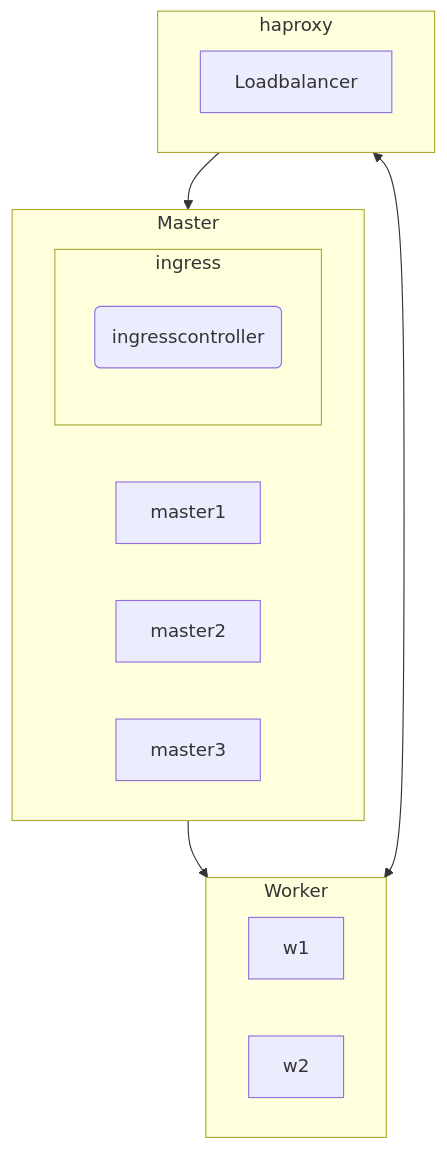
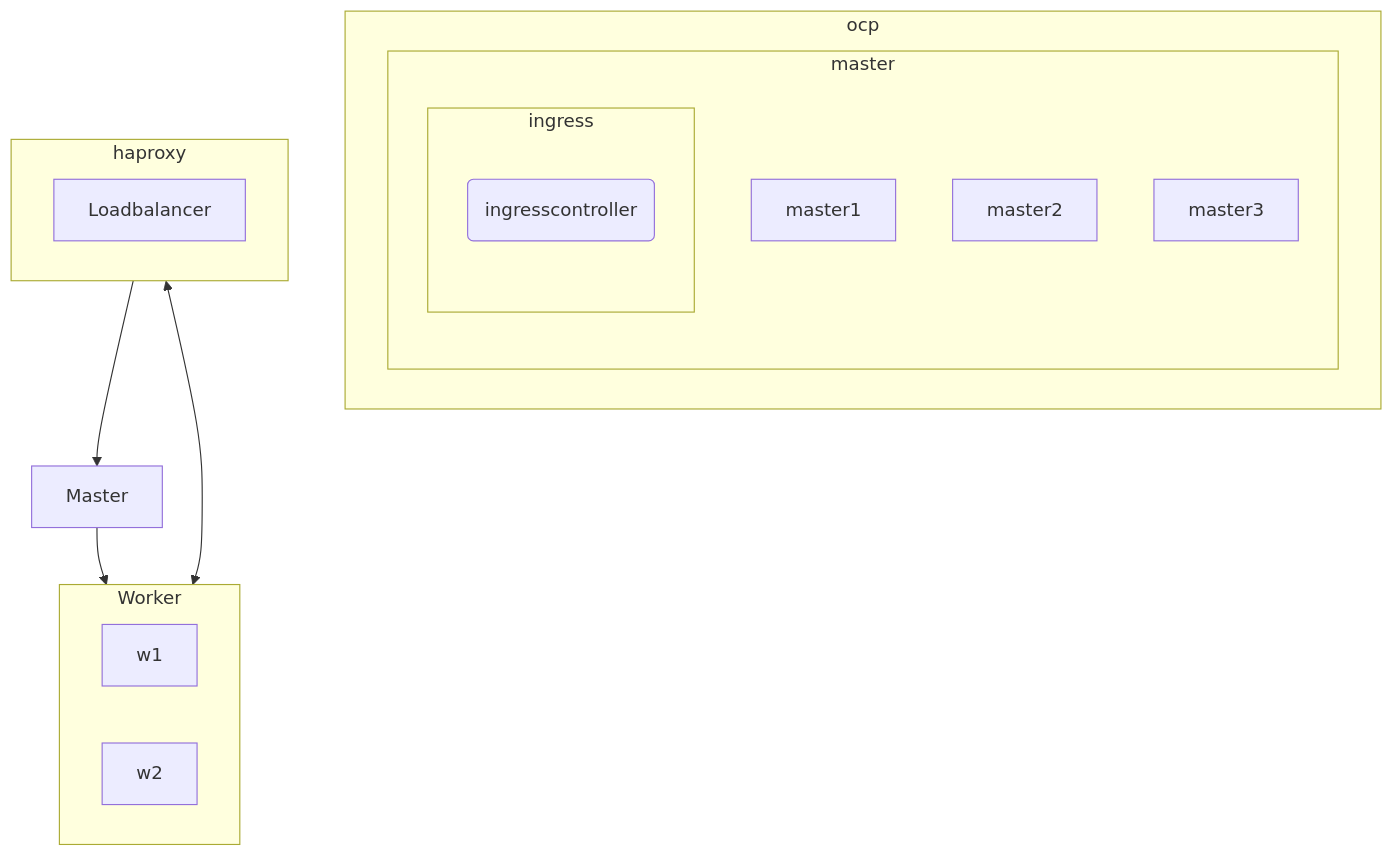
One commit to tkops/ocp4 changed the diagram in README.md. Above: the diagram before and after it, drawn with Mermaid.

````diff
--- a/README.md
+++ b/README.md
@@ -3,20 +3,22 @@
 ```mermaid
 flowchart TB
-    subgraph Master
-    m1[master1]
-    m2[master2];m3[master3];
-        subgraph ingress
-        i1(ingresscontroller)
-        end
+    subgraph ocp
+       subgraph master
+           m1[master1]
+           m2[master2];m3[master3];
+           subgraph ingress
+             i1(ingresscontroller)
+           end
+       end
     end
     subgraph haproxy
     b1[Loadbalancer]
     end
     subgraph Worker
     w1;w2
     end
     Master --> Worker
     haproxy --> Master
     haproxy <--> Worker
     
 ```
````
